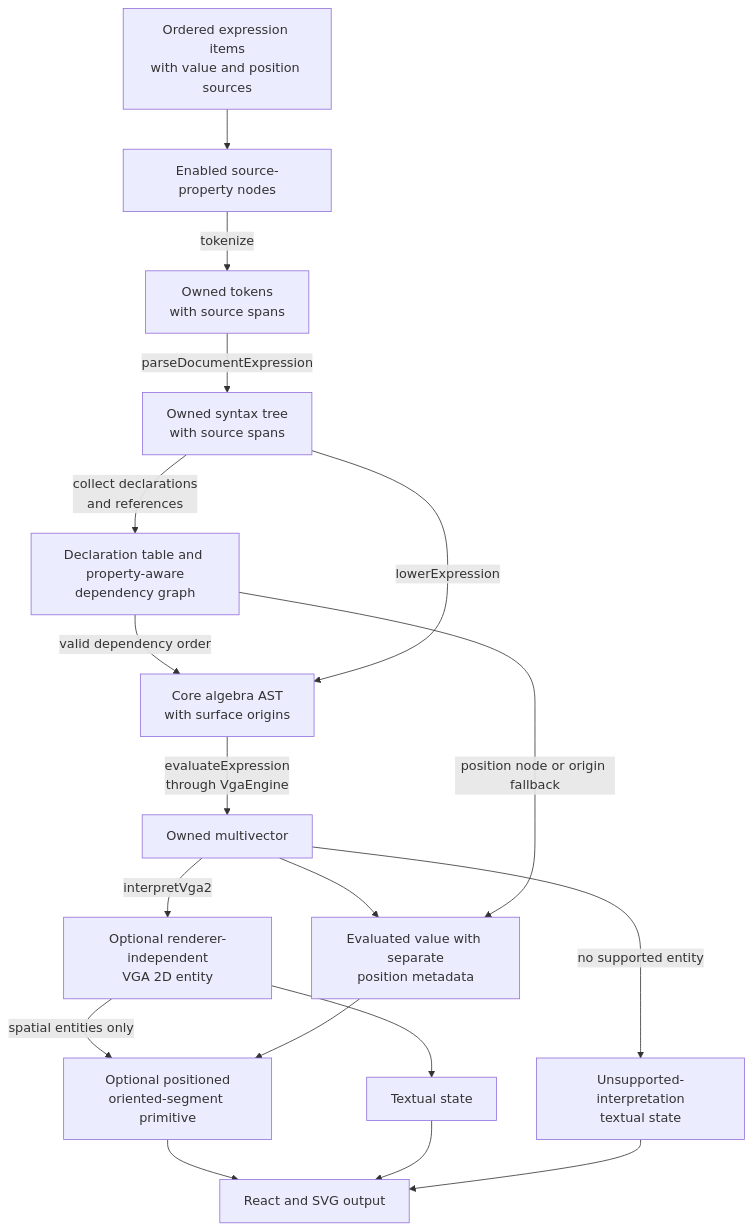
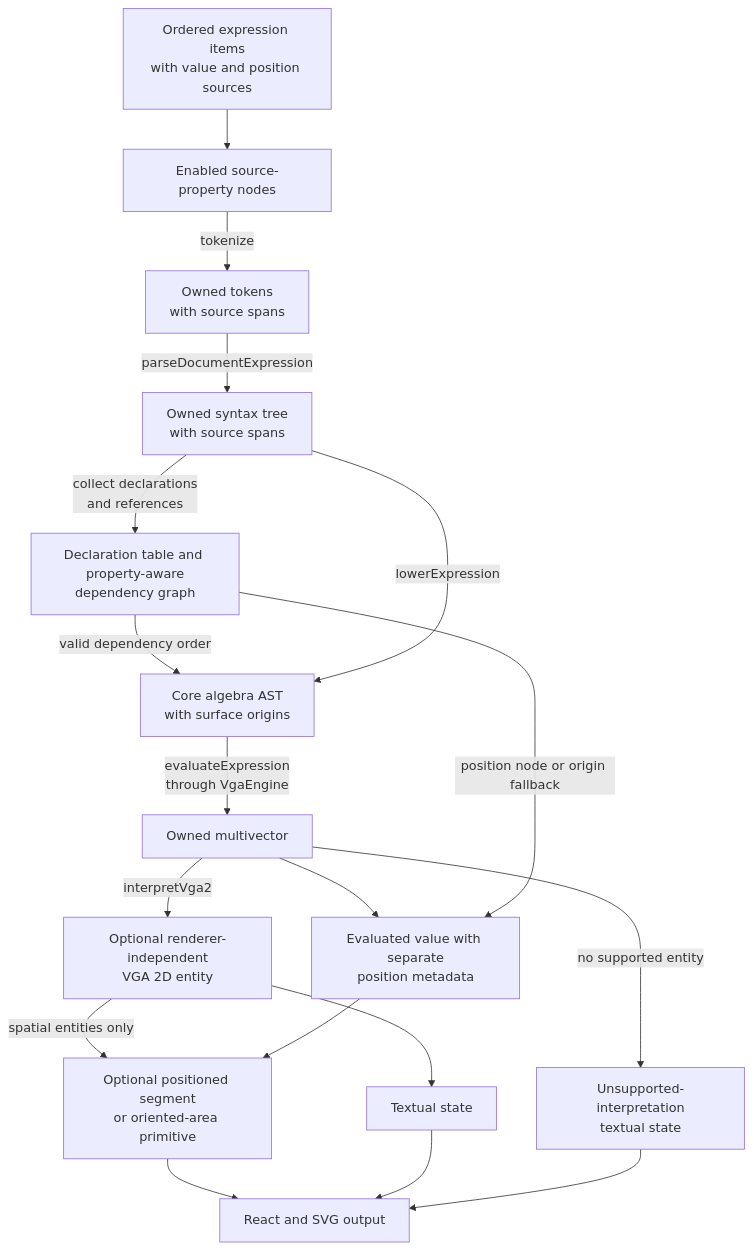
Before and after one commit to eharquin/multivector: the second of 2 diagrams in docs/architecture/application-architecture.md, drawn with Mermaid. The commit also changed other lines of this file and 12 other files, not shown here.

````diff
--- a/docs/architecture/application-architecture.md
+++ b/docs/architecture/application-architecture.md
@@ -70,34 +70,34 @@
 ```mermaid
 flowchart TD
     DOCUMENT["Ordered expression items<br/>with value and position sources"]
     SOURCE["Enabled source-property nodes"]
     TOKENS["Owned tokens<br/>with source spans"]
     AST["Owned syntax tree<br/>with source spans"]
     GRAPH["Declaration table and property-aware<br/>dependency graph"]
     CORE["Core algebra AST<br/>with surface origins"]
     VALUE["Owned multivector"]
     ENTITY["Optional renderer-independent<br/>VGA 2D entity"]
     UNSUPPORTED["Unsupported-interpretation<br/>textual state"]
     RECORD["Evaluated value with separate<br/>position metadata"]
-    PRIMITIVE["Optional positioned<br/>oriented-segment primitive"]
+    PRIMITIVE["Optional positioned segment<br/>or oriented-area primitive"]
     TEXT["Textual state"]
     OUTPUT["React and SVG output"]
 
     DOCUMENT --> SOURCE
     SOURCE -->|"tokenize"| TOKENS
     TOKENS -->|"parseDocumentExpression"| AST
     AST -->|"collect declarations<br/>and references"| GRAPH
     GRAPH -->|"valid dependency order"| CORE
     AST -->|"lowerExpression"| CORE
     CORE -->|"evaluateExpression<br/>through VgaEngine"| VALUE
     VALUE --> RECORD
     GRAPH -->|"position node or origin fallback"| RECORD
     VALUE -->|"interpretVga2"| ENTITY
     VALUE -->|"no supported entity"| UNSUPPORTED
     ENTITY --> TEXT
     ENTITY -->|"spatial entities only"| PRIMITIVE
     RECORD --> PRIMITIVE
     PRIMITIVE --> OUTPUT
     TEXT --> OUTPUT
     UNSUPPORTED --> OUTPUT
 ```
````
